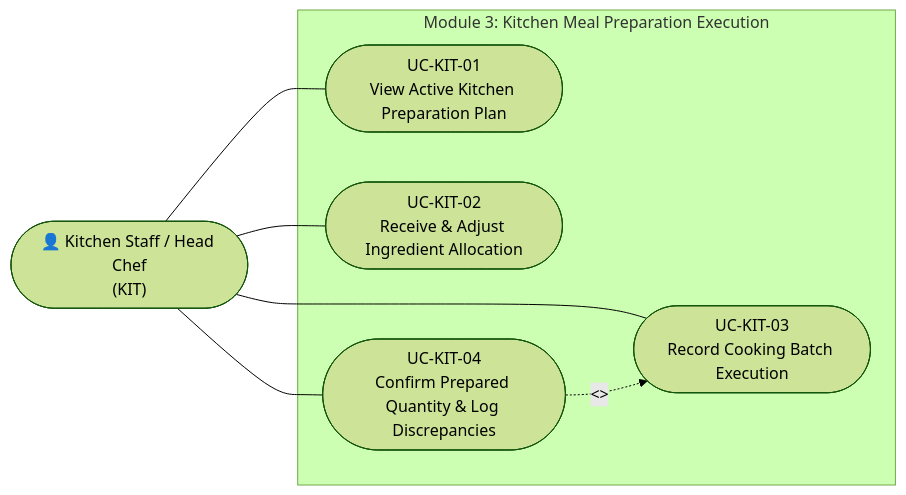
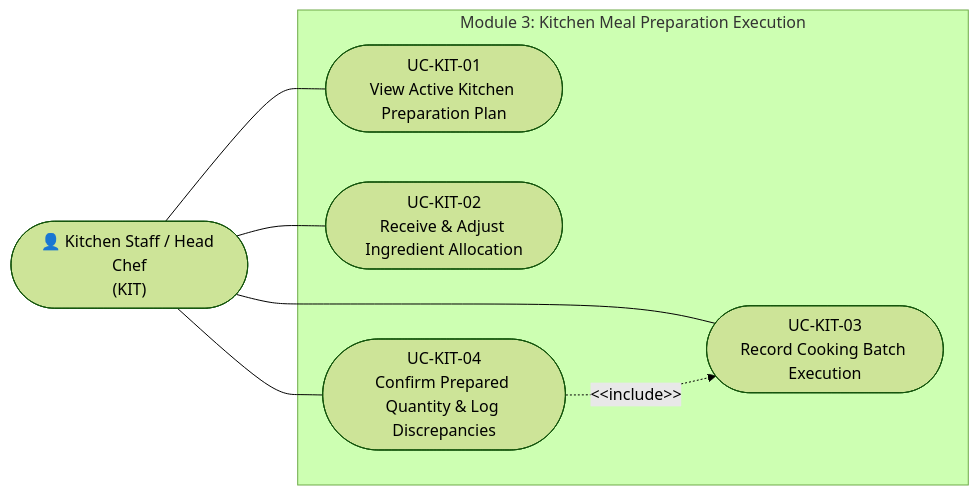
One commit to Bernie-TruongTQ/PRIMARY_SCHOOL_SEMI-BOARDING_MEAL_MANAGEMENT_SYSTEM changed the diagram in docs/03-roles-usecases/usecase-kitchen.md. Above: the diagram before and after it, drawn with Mermaid (forest theme). The commit also changed 3 other files, not shown here.

````diff
--- a/docs/03-roles-usecases/usecase-kitchen.md
+++ b/docs/03-roles-usecases/usecase-kitchen.md
@@ -13,18 +13,18 @@
 ```mermaid
 flowchart LR
     KIT(["👤 Kitchen Staff / Head Chef\n(KIT)"])
 
     subgraph SYSTEM["Module 3: Kitchen Meal Preparation Execution"]
         UC1(["UC-KIT-01\nView Active Kitchen Preparation Plan"])
         UC2(["UC-KIT-02\nReceive & Adjust Ingredient Allocation"])
         UC3(["UC-KIT-03\nRecord Cooking Batch Execution"])
         UC4(["UC-KIT-04\nConfirm Prepared Quantity & Log Discrepancies"])
     end
 
     KIT --- UC1
     KIT --- UC2
     KIT --- UC3
     KIT --- UC4
 
-    UC4 -.->|"<<include>>"| UC3
+    UC4 -.->|"&lt;&lt;include&gt;&gt;"| UC3
 ```
````
